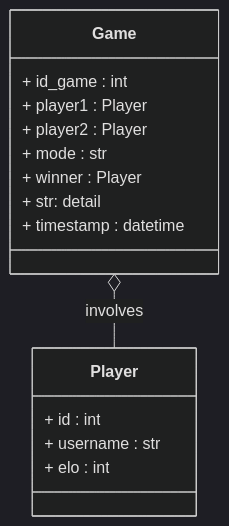
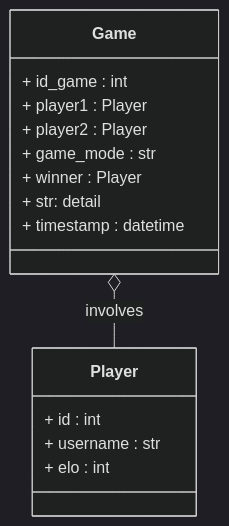
The second of 3 diagrams in quarto-site/doc/tp/tp2.qmd (ludo2ne/ENSAI-2A-Projet-info), drawn with Mermaid (dark theme) before and after one commit. The commit also changed other lines of this file and 6 other files, not shown here.

````diff
--- a/quarto-site/doc/tp/tp2.qmd
+++ b/quarto-site/doc/tp/tp2.qmd
@@ -124,20 +128,20 @@
 ```{mermaid}
 classDiagram
   class Game {
     + id_game : int
     + player1 : Player
     + player2 : Player
-    + mode : str
+    + game_mode : str
     + winner : Player
     + str: detail
     + timestamp : datetime
   }
 
   class Player {
     + id : int
     + username : str
     + elo : int
   }
 
   Game o-- Player : involves
 ```
````
